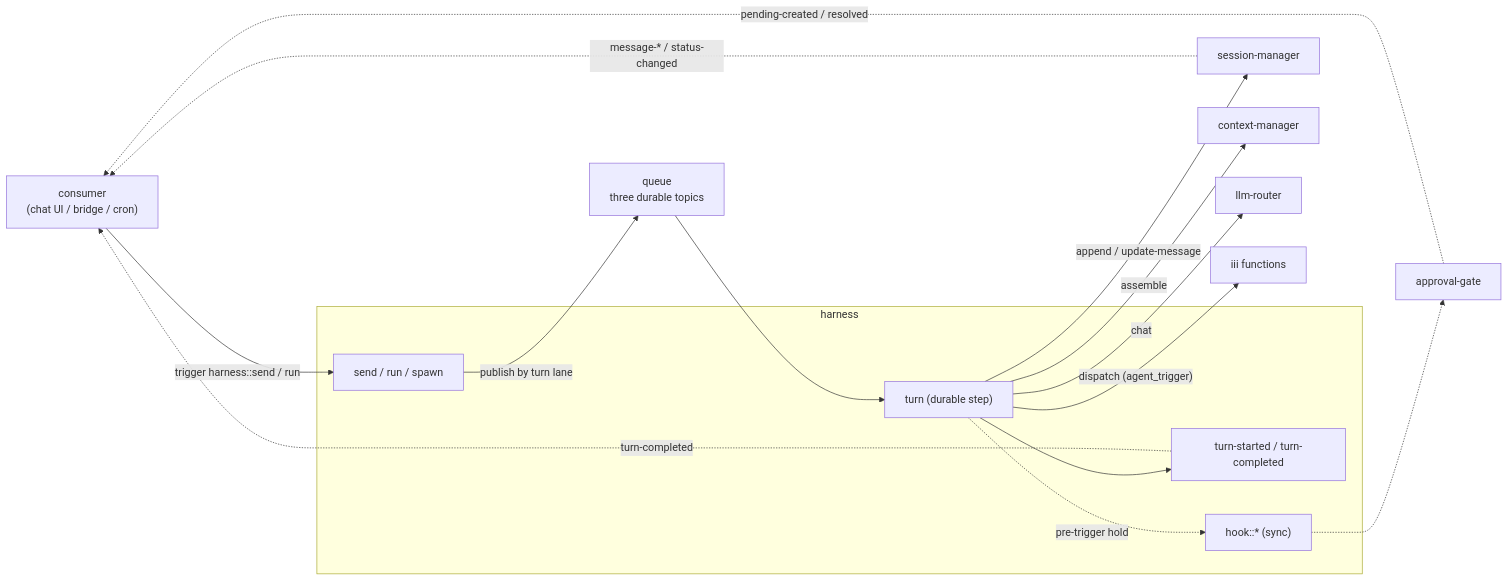
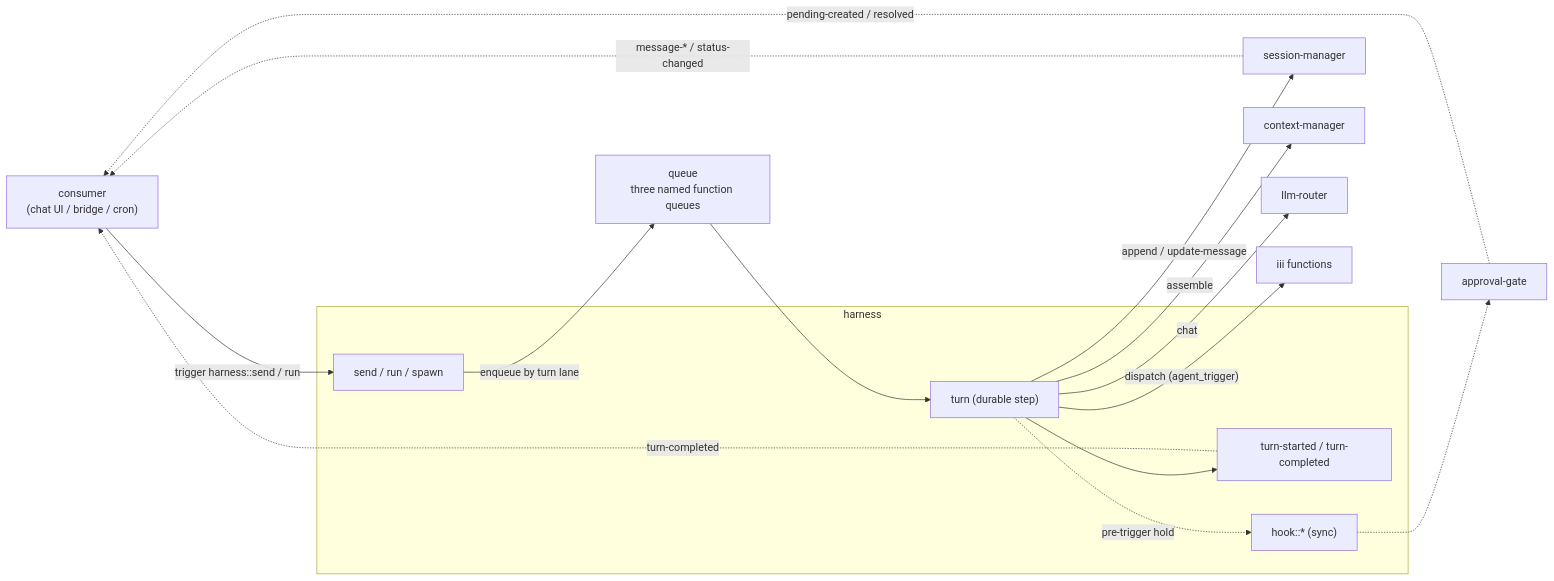
Before and after one commit to iii-hq/workers: the diagram in harness/architecture/README.md, drawn with Mermaid. The commit also changed other lines of this file and 24 other files, not shown here.

Commit message:
feat(queue): provision named queues for enqueue actions

````diff
--- a/harness/architecture/README.md
+++ b/harness/architecture/README.md
@@ -42,30 +43,30 @@
 ```mermaid
 flowchart LR
   consumer["consumer<br/>(chat UI / bridge / cron)"]
   subgraph harness [harness]
     entry["send / run / spawn"]
     loopStep["turn (durable step)"]
     events["turn-started / turn-completed"]
     hooks["hook::* (sync)"]
   end
   session["session-manager"]
   ctx["context-manager"]
   router["llm-router"]
-  queue["queue<br/>three durable topics"]
+  queue["queue<br/>three named function queues"]
   gate["approval-gate"]
   fns["iii functions"]
 
   consumer -->|"trigger harness::send / run"| entry
-  entry -->|"publish by turn lane"| queue
+  entry -->|"enqueue by turn lane"| queue
   queue --> loopStep
   loopStep -->|"append / update-message"| session
   loopStep -->|"assemble"| ctx
   loopStep -->|"chat"| router
   loopStep -->|"dispatch (agent_trigger)"| fns
   loopStep --> events
   loopStep -.->|"pre-trigger hold"| hooks
   hooks -.-> gate
   session -.->|"message-* / status-changed"| consumer
   events -.->|"turn-completed"| consumer
   gate -.->|"pending-created / resolved"| consumer
 ```
````
